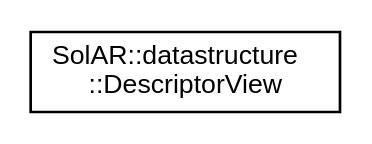
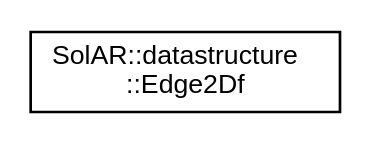
The diagram in api_documentation/inherit_graph_15.dot (SolarFramework/solarframework.github.io), drawn with Graphviz before and after one commit. The commit also changed 66 other files, not shown here.

```diff
--- a/api_documentation/inherit_graph_15.dot
+++ b/api_documentation/inherit_graph_15.dot
@@ -1,8 +1,8 @@
 digraph "Graphical Class Hierarchy"
 {
  // LATEX_PDF_SIZE
   edge [fontname="Helvetica",fontsize="10",labelfontname="Helvetica",labelfontsize="10"];
   node [fontname="Helvetica",fontsize="10",shape=record];
   rankdir="LR";
-  Node0 [label="SolAR::datastructure\l::DescriptorView",height=0.2,width=0.4,color="black", fillcolor="white", style="filled",URL="$class_sol_a_r_1_1datastructure_1_1_descriptor_view.html",tooltip=" "];
+  Node0 [label="SolAR::datastructure\l::Edge2Df",height=0.2,width=0.4,color="black", fillcolor="white", style="filled",URL="$class_sol_a_r_1_1datastructure_1_1_edge2_df.html",tooltip="A 2D edge with coordinates defined with floats."];
 }
```
